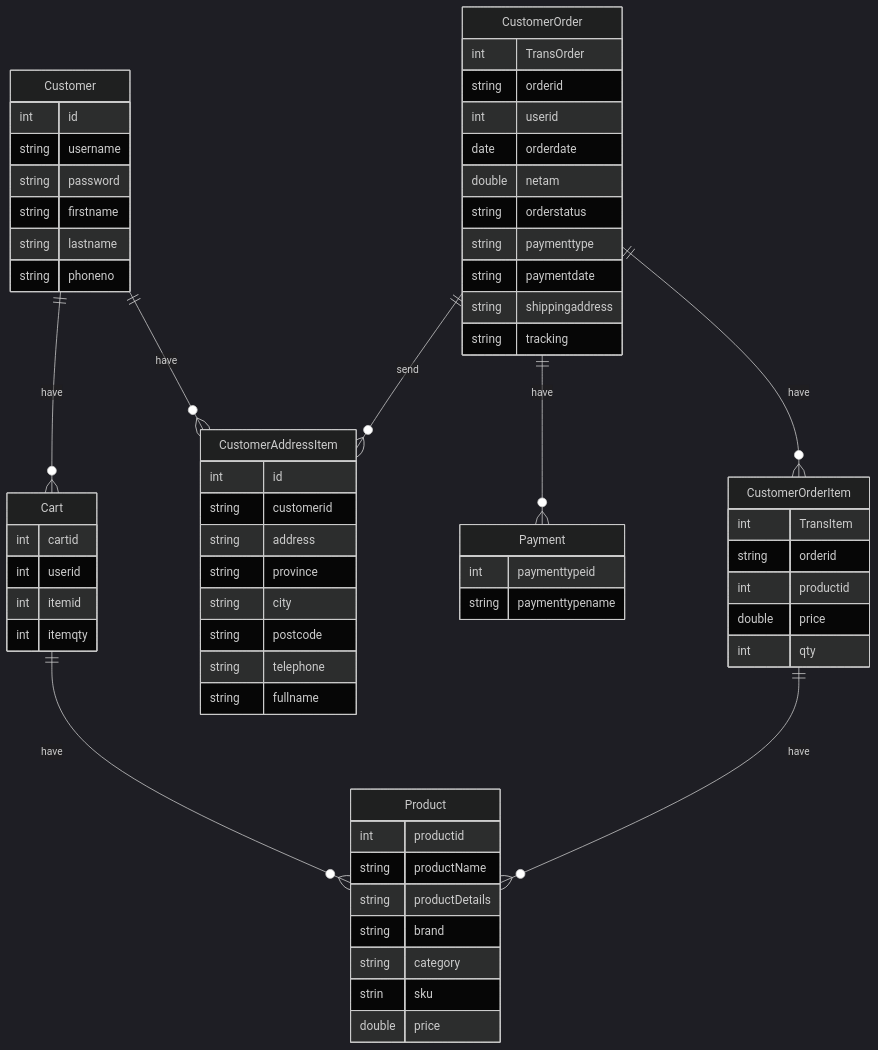
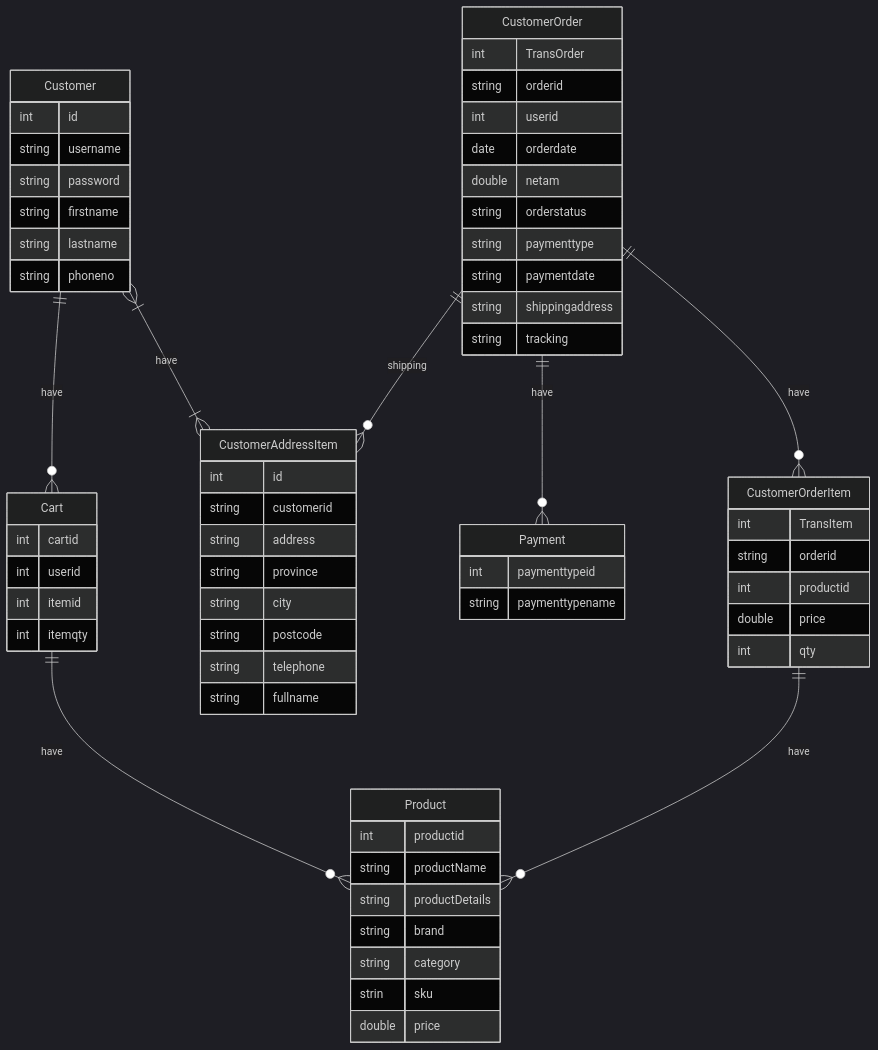
One commit to angkhanalil/assignment-java-boot-camp changed the diagram in Database.MD. Above: the diagram before and after it, drawn with Mermaid (dark theme).

````diff
--- a/Database.MD
+++ b/Database.MD
@@ -1,73 +1,73 @@
 ```mermaid
 erDiagram
-   Customer ||--o{ CustomerAddressItem  : have  
+   Customer }|--|{ CustomerAddressItem  : have  
     Customer {
         int id
         string username
         string password
         string firstname
         string lastname
         string phoneno
     } 
     
     Customer ||--o{ Cart : have 
     
     Cart {
         int cartid
         int userid
         int itemid
         int itemqty 
     }
    
   
     CustomerOrder {
         int TransOrder
         string orderid
         int userid
         date orderdate
         double netam
         string orderstatus
         string paymenttype
         string paymentdate
         string shippingaddress
         string tracking
     }
     
     CustomerOrder ||--o{ CustomerOrderItem : have 
     CustomerOrderItem {
         int TransItem
         string orderid
         int productid
         double price
         int qty
     }
     CustomerOrderItem ||--o{ Product : have
     CustomerOrder ||--o{ Payment : have 
      Payment {
         int paymenttypeid
         string paymenttypename
        
     } 
      Cart ||--o{ Product : have
     Product {
         int productid
         string productName
         string productDetails
         string brand
         string category
         strin sku
         double price
     } 
-    CustomerOrder  ||--o{ CustomerAddressItem : send
+    CustomerOrder  ||--o{ CustomerAddressItem : shipping
     CustomerAddressItem {
         int id
         string customerid
         string address
         string province
         string city
         string postcode
         string telephone
         string fullname
     }
     
 ```
````
